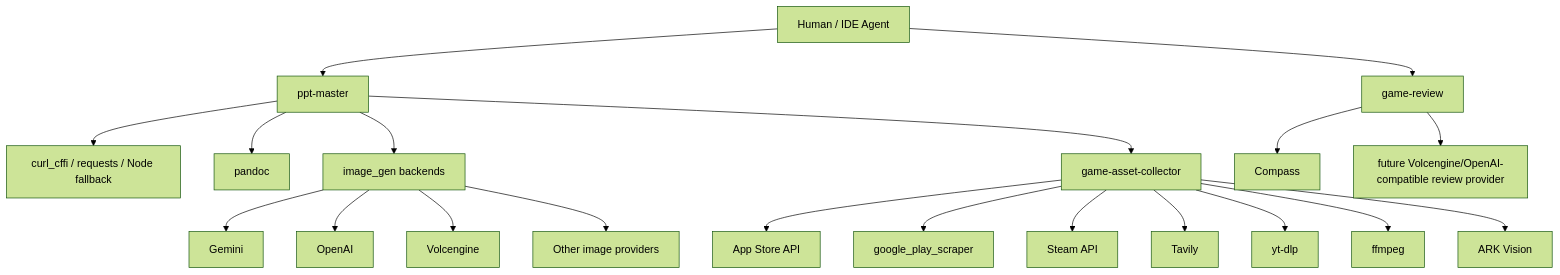
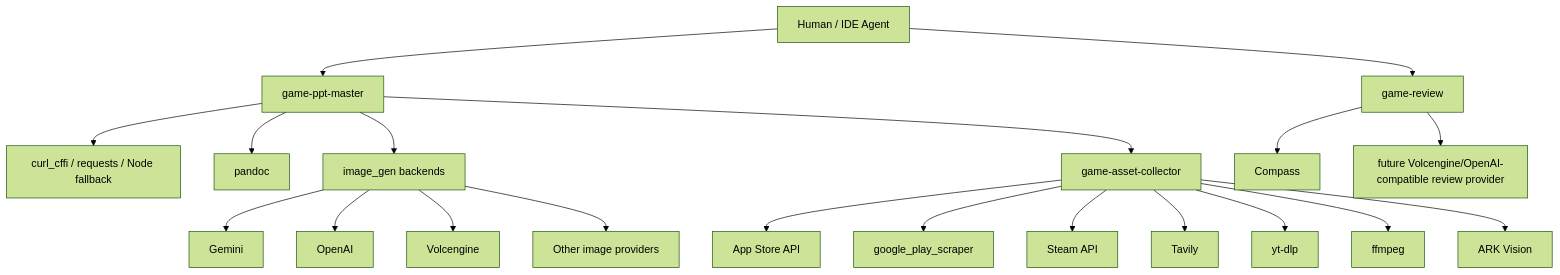
The second of 2 diagrams in docs/三仓协同架构_THREE_REPO_STACK.md (k412407009/ppt-master), drawn with Mermaid (forest theme) before and after one commit. The commit also changed other lines of this file and 8 other files, not shown here.

Commit message:
docs: rename public repo to game-ppt-master

````diff
--- a/docs/三仓协同架构_THREE_REPO_STACK.md
+++ b/docs/三仓协同架构_THREE_REPO_STACK.md
@@ -169,22 +175,22 @@
 ```mermaid
 flowchart TD
-    A["Human / IDE Agent"] --> B["ppt-master"]
+    A["Human / IDE Agent"] --> B["game-ppt-master"]
     B --> C["curl_cffi / requests / Node fallback"]
     B --> D["pandoc"]
     B --> E["image_gen backends"]
     E --> E1["Gemini"]
     E --> E2["OpenAI"]
     E --> E3["Volcengine"]
     E --> E4["Other image providers"]
     B --> F["game-asset-collector"]
     F --> F1["App Store API"]
     F --> F2["google_play_scraper"]
     F --> F3["Steam API"]
     F --> F4["Tavily"]
     F --> F5["yt-dlp"]
     F --> F6["ffmpeg"]
     F --> F7["ARK Vision"]
     A --> G["game-review"]
     G --> G1["Compass"]
     G --> G2["future Volcengine/OpenAI-compatible review provider"]
 ```
````
